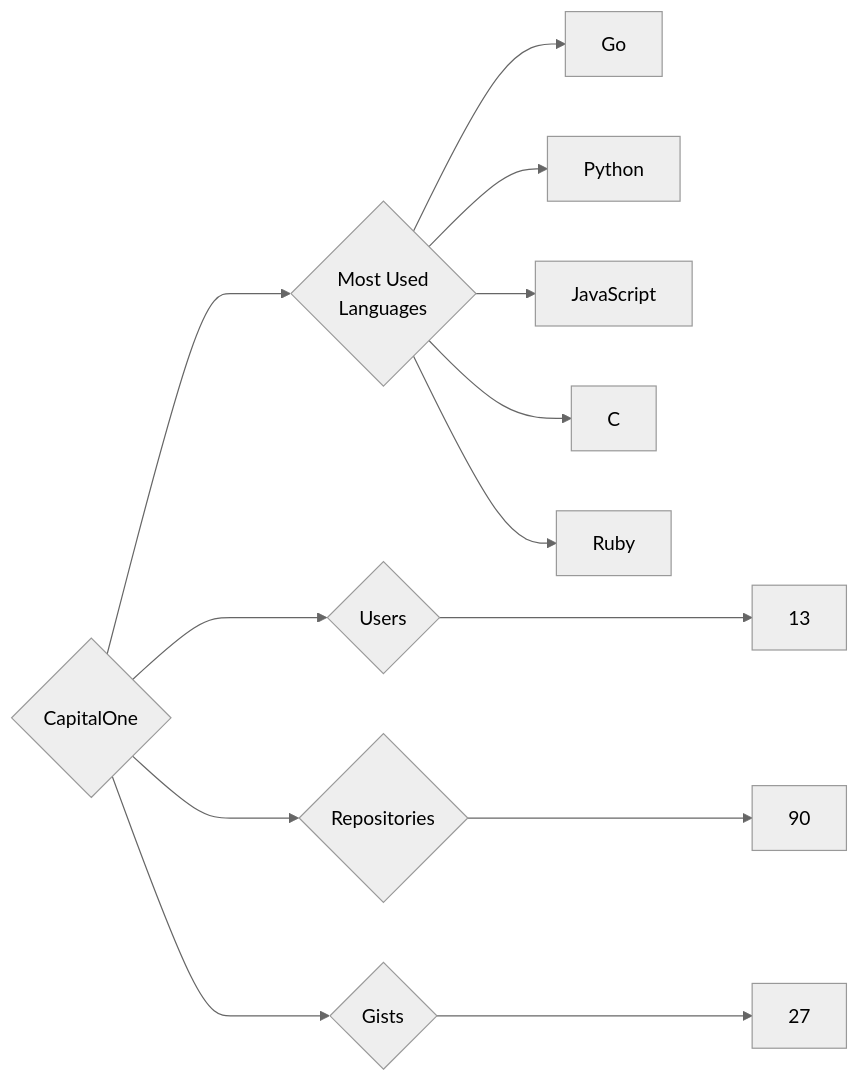
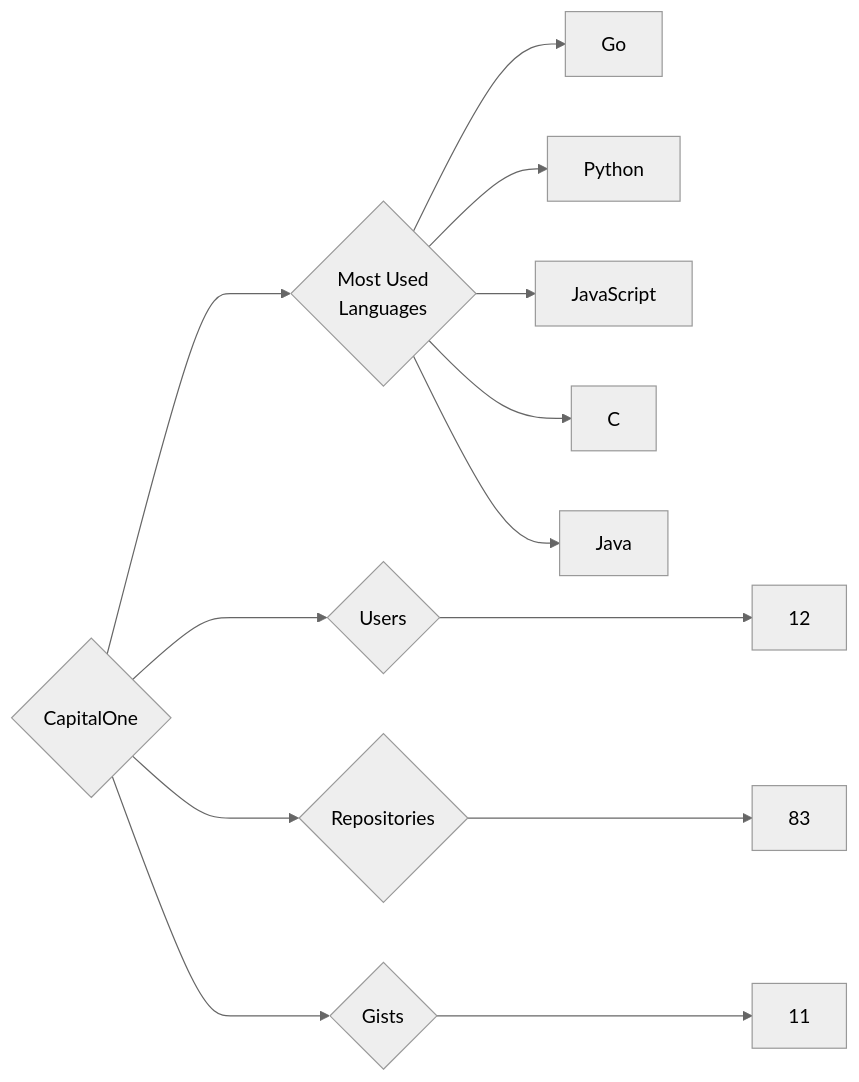
Before and after one commit to trickest/insiders: the diagram in targets/CapitalOne/README.md, drawn with Mermaid (neutral theme). The commit also changed 736 other files, not shown here.

````diff
--- a/targets/CapitalOne/README.md
+++ b/targets/CapitalOne/README.md
@@ -3,13 +3,13 @@
 ```mermaid
 graph LR
 COMPANY_NAME{CapitalOne}
-COMPANY_NAME ---> U{Users} ---> UN[13]
-COMPANY_NAME ---> R{Repositories} ---> RN[90]
-COMPANY_NAME ---> G{Gists} ---> GN[27]
+COMPANY_NAME ---> U{Users} ---> UN[12]
+COMPANY_NAME ---> R{Repositories} ---> RN[83]
+COMPANY_NAME ---> G{Gists} ---> GN[11]
 COMPANY_NAME ---> ML{Most Used<br>Languages}
 ML --> Go[Go]
 ML --> Python[Python]
 ML --> JavaScript[JavaScript]
 ML --> C[C]
-ML --> Ruby[Ruby]
+ML --> Java[Java]
 ```
````
